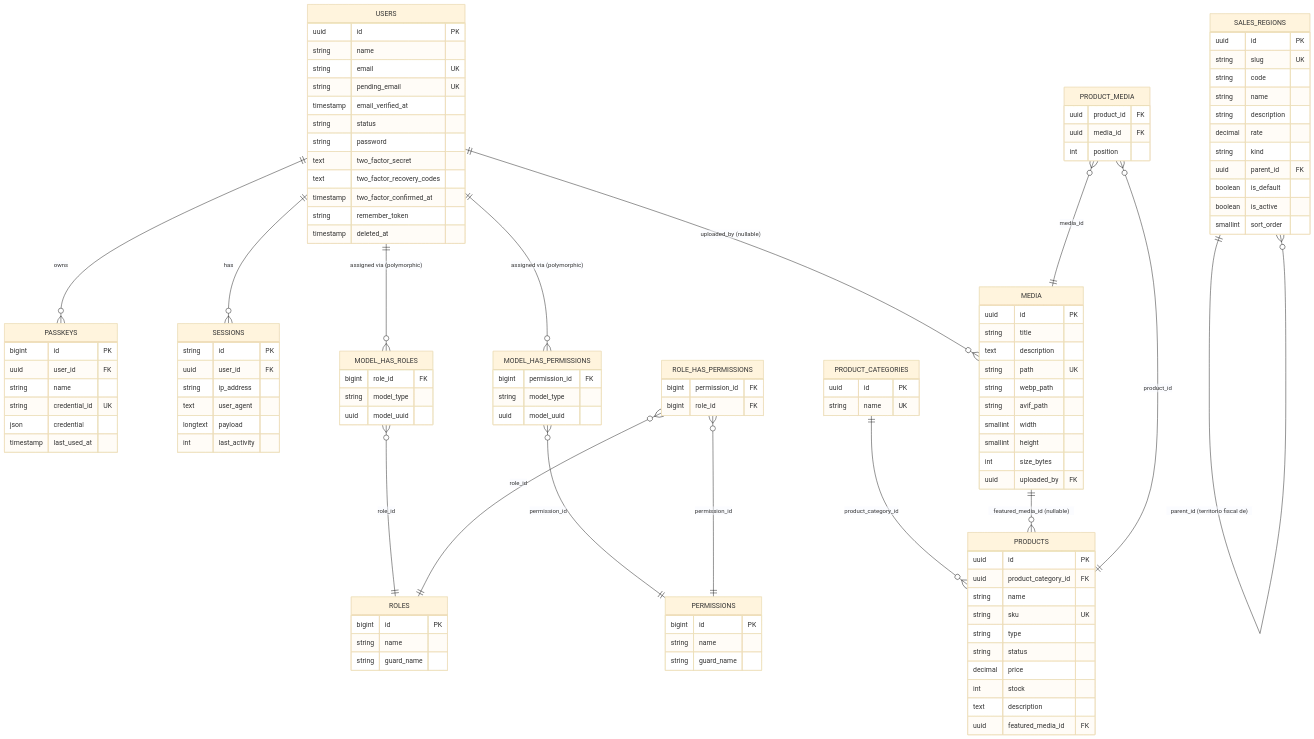
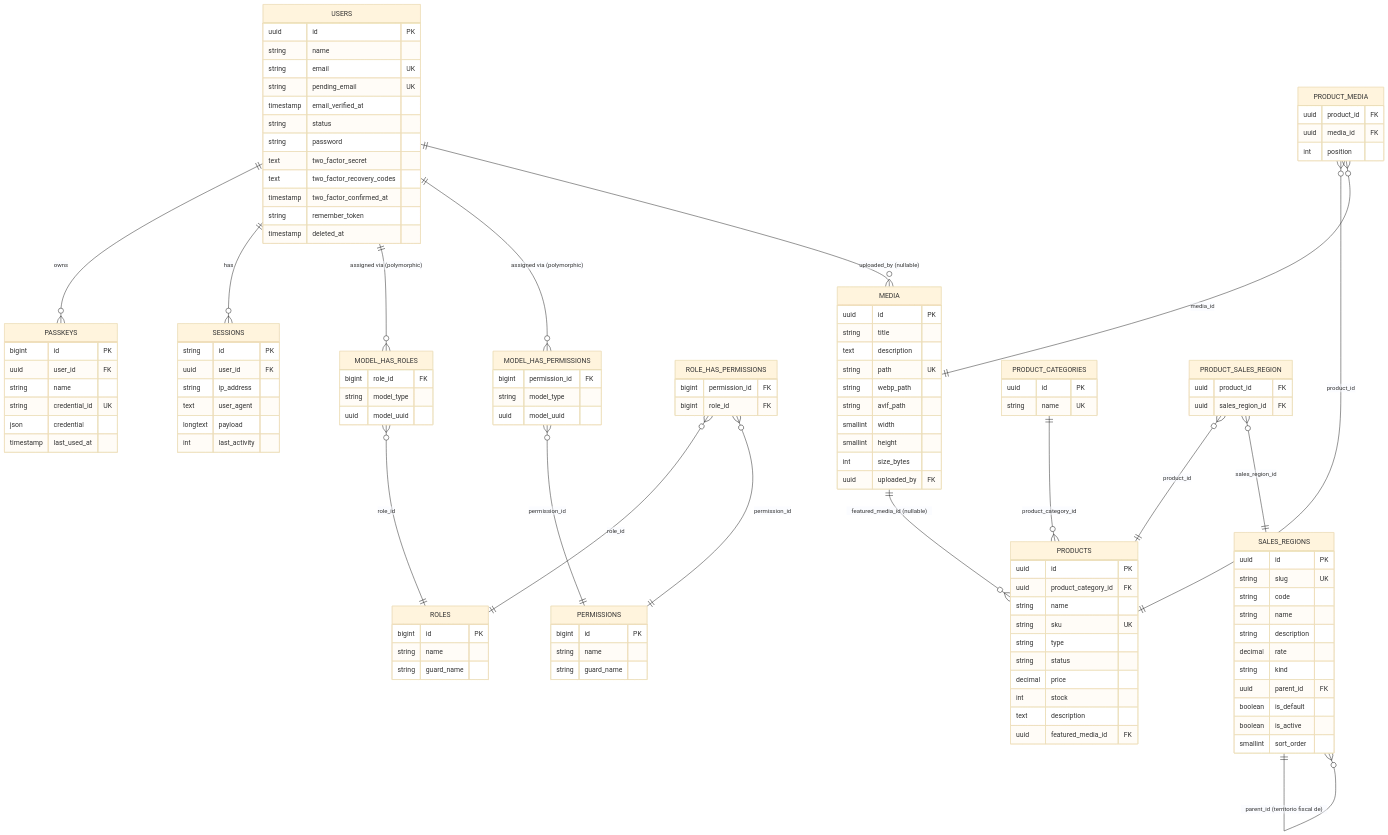
The second of 2 diagrams in readme.md (LIDR-academy/AI4Devs-finalproject), drawn with Mermaid (base theme) before and after one commit. The commit also changed other lines of this file and 7 other files, not shown here.

First line of the commit message:
docs(sales-regions): sync documentation for story 0026

````diff
--- a/readme.md
+++ b/readme.md
@@ -477,6 +481,8 @@
     MEDIA ||--o{ PRODUCTS : "featured_media_id (nullable)"
     PRODUCT_MEDIA }o--|| PRODUCTS : product_id
     PRODUCT_MEDIA }o--|| MEDIA : media_id
+    PRODUCT_SALES_REGION }o--|| PRODUCTS : product_id
+    PRODUCT_SALES_REGION }o--|| SALES_REGIONS : sales_region_id
 
     USERS {
         uuid id PK
@@ -578,4 +584,8 @@
         uuid media_id FK
         int position
     }
+    PRODUCT_SALES_REGION {
+        uuid product_id FK
+        uuid sales_region_id FK
+    }
 ```
````
